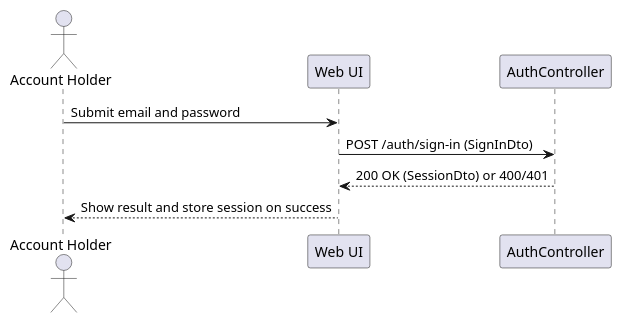
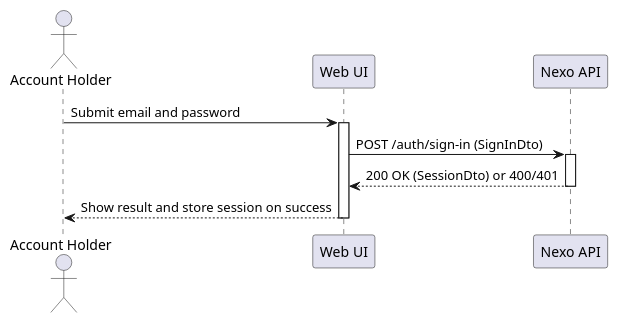
One commit to vscosousa/Nexo changed the diagram in docs/us/US-005/sd/level-2/puml/US-005-level-2.puml. Above: the diagram before and after it, drawn with PlantUML. The commit also changed 60 other files, not shown here.

Commit message:
Restructure SSD/SD diagrams: activation bars, FE/BE split

```diff
--- a/docs/us/US-005/sd/level-2/puml/US-005-level-2.puml
+++ b/docs/us/US-005/sd/level-2/puml/US-005-level-2.puml
@@ -1,9 +1,13 @@
 @startuml
 actor "Account Holder" as User
 participant "Web UI" as UI
-participant "AuthController" as Controller
+participant "Nexo API" as API
 User -> UI: Submit email and password
-UI -> Controller: POST /auth/sign-in (SignInDto)
-Controller --> UI: 200 OK (SessionDto) or 400/401
+activate UI
+UI -> API: POST /auth/sign-in (SignInDto)
+activate API
+API --> UI: 200 OK (SessionDto) or 400/401
+deactivate API
 UI --> User: Show result and store session on success
+deactivate UI
 @enduml
```
